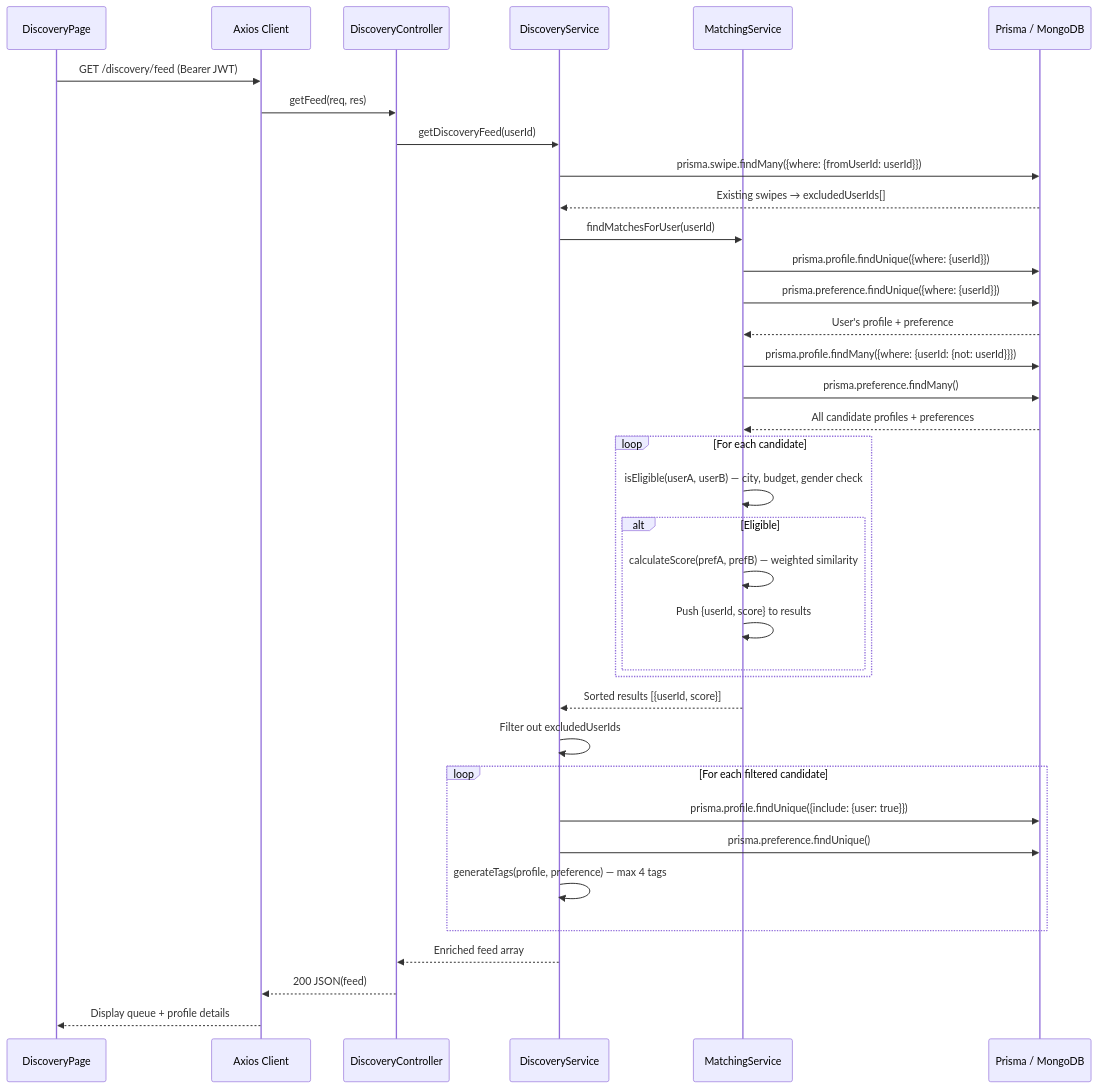
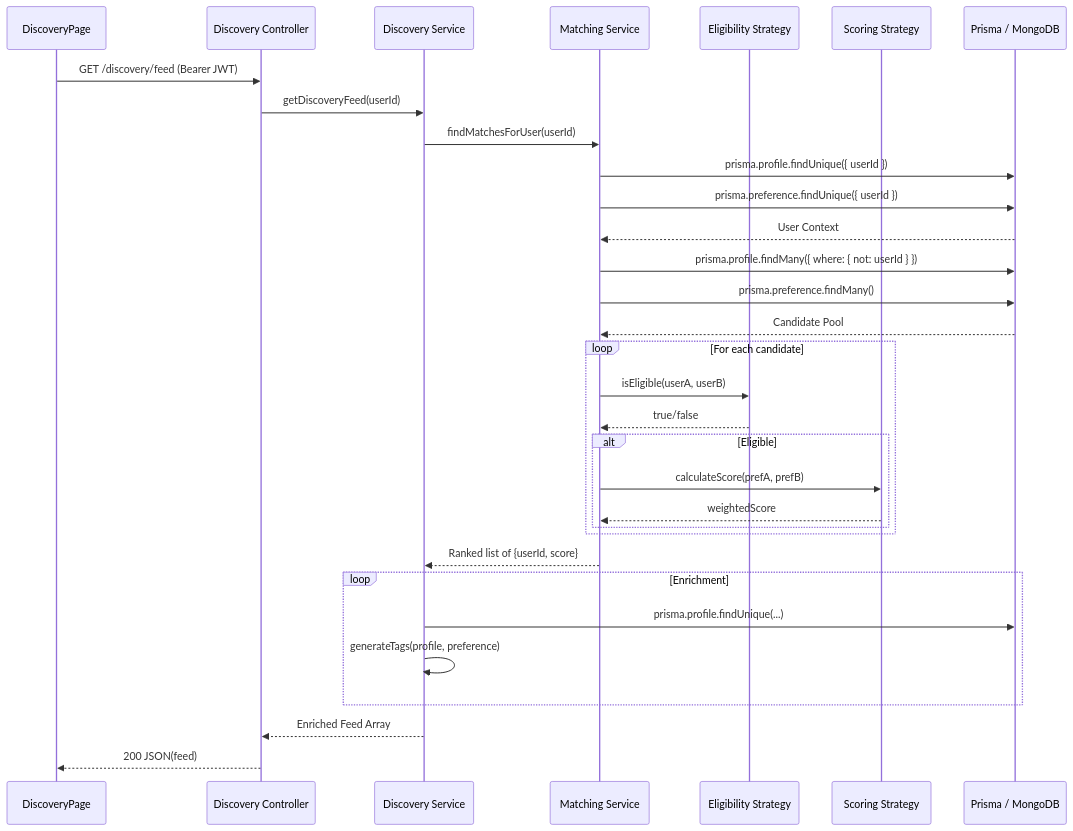
The second of 4 diagrams in docs/diagrams/5_sequence_diagrams.md (HardikGenOne/Flately), drawn with Mermaid before and after one commit. The commit also changed other lines of this file and 25 other files, not shown here.

````diff
--- a/docs/diagrams/5_sequence_diagrams.md
+++ b/docs/diagrams/5_sequence_diagrams.md
@@ -40,46 +36,42 @@
 ```mermaid
 sequenceDiagram
     participant FE as DiscoveryPage
-    participant AX as Axios Client
-    participant DC as DiscoveryController
-    participant DS as DiscoveryService
-    participant MS as MatchingService
+    participant DC as Discovery Controller
+    participant DS as Discovery Service
+    participant MS as Matching Service
+    participant ES as Eligibility Strategy
+    participant SS as Scoring Strategy
     participant DB as Prisma / MongoDB
 
-    FE->>AX: GET /discovery/feed (Bearer JWT)
-    AX->>DC: getFeed(req, res)
+    FE->>DC: GET /discovery/feed (Bearer JWT)
     DC->>DS: getDiscoveryFeed(userId)
 
-    DS->>DB: prisma.swipe.findMany({where: {fromUserId: userId}})
-    DB-->>DS: Existing swipes → excludedUserIds[]
+    DS->>MS: findMatchesForUser(userId)
+    MS->>DB: prisma.profile.findUnique({ userId })
+    MS->>DB: prisma.preference.findUnique({ userId })
+    DB-->>MS: User Context
 
-    DS->>MS: findMatchesForUser(userId)
-    MS->>DB: prisma.profile.findUnique({where: {userId}})
-    MS->>DB: prisma.preference.findUnique({where: {userId}})
-    DB-->>MS: User's profile + preference
-
-    MS->>DB: prisma.profile.findMany({where: {userId: {not: userId}}})
+    MS->>DB: prisma.profile.findMany({ where: { not: userId } })
     MS->>DB: prisma.preference.findMany()
-    DB-->>MS: All candidate profiles + preferences
+    DB-->>MS: Candidate Pool
 
     loop For each candidate
-        MS->>MS: isEligible(userA, userB) — city, budget, gender check
+        MS->>ES: isEligible(userA, userB)
+        ES-->>MS: true/false
+        
         alt Eligible
-            MS->>MS: calculateScore(prefA, prefB) — weighted similarity
-            MS->>MS: Push {userId, score} to results
+            MS->>SS: calculateScore(prefA, prefB)
+            SS-->>MS: weightedScore
         end
     end
 
-    MS-->>DS: Sorted results [{userId, score}]
-    DS->>DS: Filter out excludedUserIds
-
-    loop For each filtered candidate
-        DS->>DB: prisma.profile.findUnique({include: {user: true}})
-        DS->>DB: prisma.preference.findUnique()
-        DS->>DS: generateTags(profile, preference) — max 4 tags
+    MS-->>DS: Ranked list of {userId, score}
+    
+    loop Enrichment
+        DS->>DB: prisma.profile.findUnique(...)
+        DS->>DS: generateTags(profile, preference)
     end
 
-    DS-->>DC: Enriched feed array
-    DC-->>AX: 200 JSON(feed)
-    AX-->>FE: Display queue + profile details
+    DS-->>DC: Enriched Feed Array
+    DC-->>FE: 200 JSON(feed)
 ```
````
